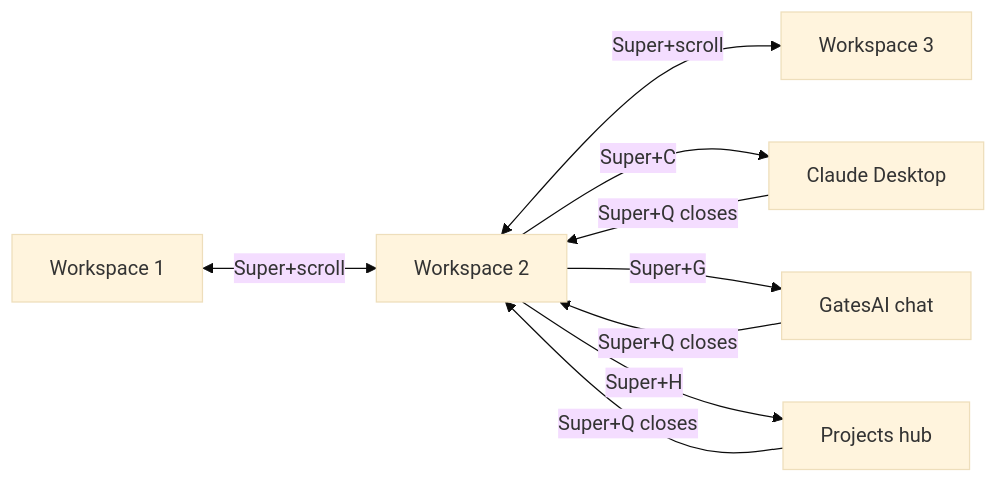
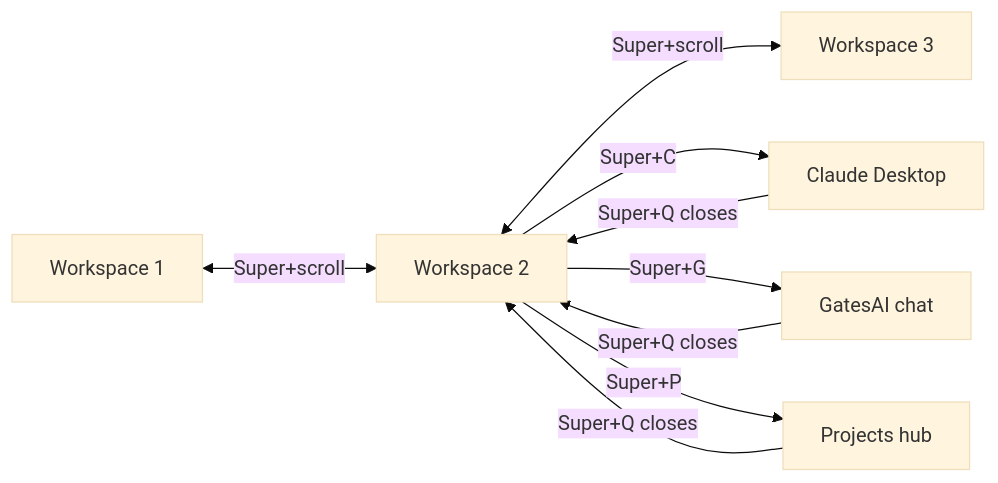
Before and after one commit to Calculator5329/hypr-ai-cockpit: the second of 2 diagrams in README.md, drawn with Mermaid (base theme). The commit also changed other lines of this file and 2 other files, not shown here.

Commit message:
docs: D1 ruling — Super+P owns Project Hub, Super+H references reconciled as stale
Archive-harvest packet 20260812 D1, executed on Ethan's take-the-recs answer
to ask 458a1ace (2026-08-16). Live registry (~/.config/hypr/lua/views.lua)
and the 2026-07-12 owner ruling agree on Super+P. No keybind changed.

````diff
--- a/README.md
+++ b/README.md
@@ -45,8 +45,8 @@
 ```mermaid
 flowchart LR
     W1[Workspace 1] <-- "Super+scroll" --> W2[Workspace 2] <-- "Super+scroll" --> W3[Workspace 3]
     W2 -- "Super+C" --> M1[Claude Desktop]
     W2 -- "Super+G" --> M2[GatesAI chat]
-    W2 -- "Super+H" --> M3[Projects hub]
+    W2 -- "Super+P" --> M3[Projects hub]
     M1 & M2 & M3 -- "Super+Q closes" --> W2
 ```
````
